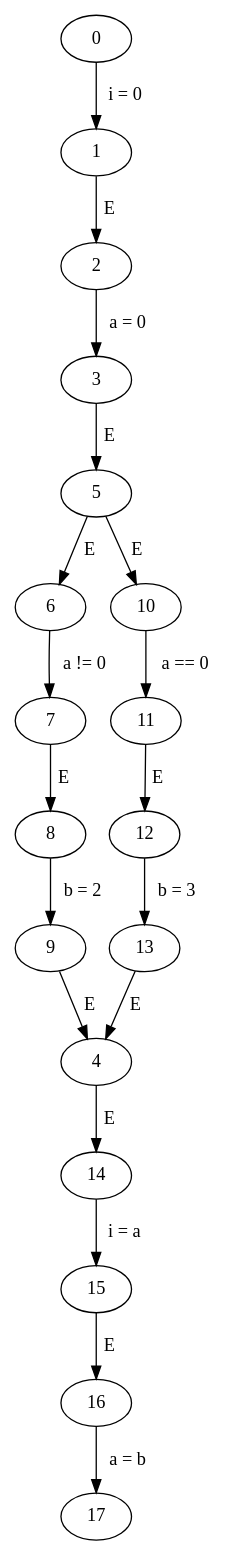
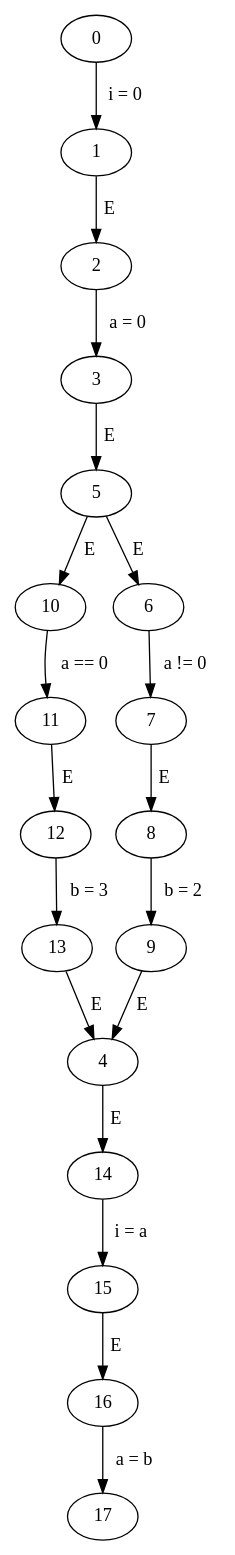
Before and after one commit to Harman309/project6: the diagram in code/graphs/if/if.gv, drawn with Graphviz. The commit also changed other lines of this file and 8 other files, not shown here.

```diff
--- a/code/graphs/if/if.gv
+++ b/code/graphs/if/if.gv
@@ -1,21 +1,21 @@
 // if
 digraph {
-	16 -> 17 [label=" a = b "]
-	6 -> 7 [label=" a != 0 "]
-	3 -> 5 [label=" E "]
-	15 -> 16 [label=" E "]
-	12 -> 13 [label=" b = 3 "]
-	2 -> 3 [label=" a = 0 "]
-	11 -> 12 [label=" E "]
-	9 -> 4 [label=" E "]
-	13 -> 4 [label=" E "]
-	8 -> 9 [label=" b = 2 "]
-	7 -> 8 [label=" E "]
 	14 -> 15 [label=" i = a "]
-	5 -> 10 [label=" E "]
 	1 -> 2 [label=" E "]
-	4 -> 14 [label=" E "]
+	0 -> 1 [label=" i = 0 "]
 	10 -> 11 [label=" a == 0 "]
 	5 -> 6 [label=" E "]
-	0 -> 1 [label=" i = 0 "]
+	6 -> 7 [label=" a != 0 "]
+	5 -> 10 [label=" E "]
+	16 -> 17 [label=" a = b "]
+	15 -> 16 [label=" E "]
+	2 -> 3 [label=" a = 0 "]
+	12 -> 13 [label=" b = 3 "]
+	3 -> 5 [label=" E "]
+	11 -> 12 [label=" E "]
+	8 -> 9 [label=" b = 2 "]
+	9 -> 4 [label=" E "]
+	4 -> 14 [label=" E "]
+	13 -> 4 [label=" E "]
+	7 -> 8 [label=" E "]
 }
```
